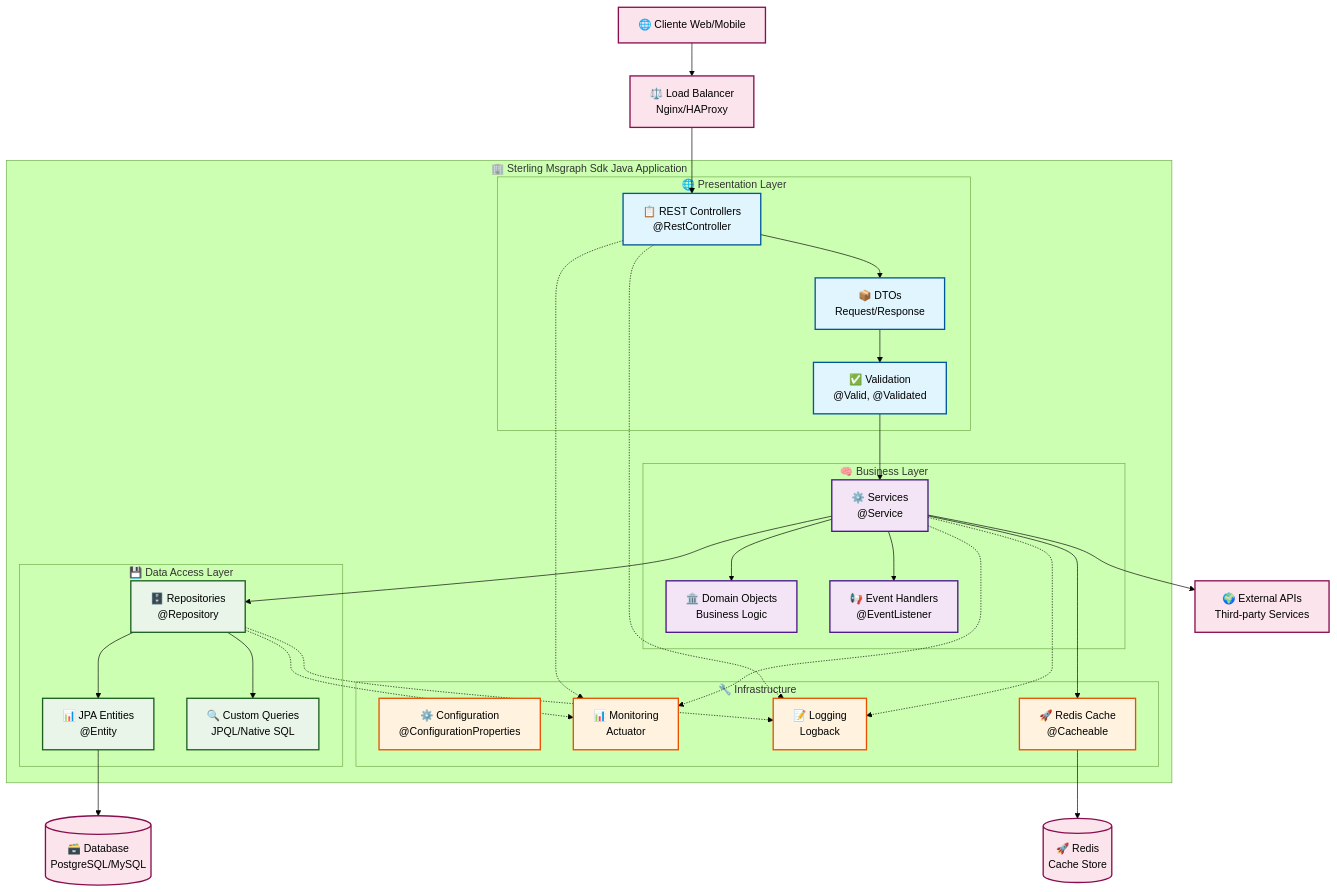
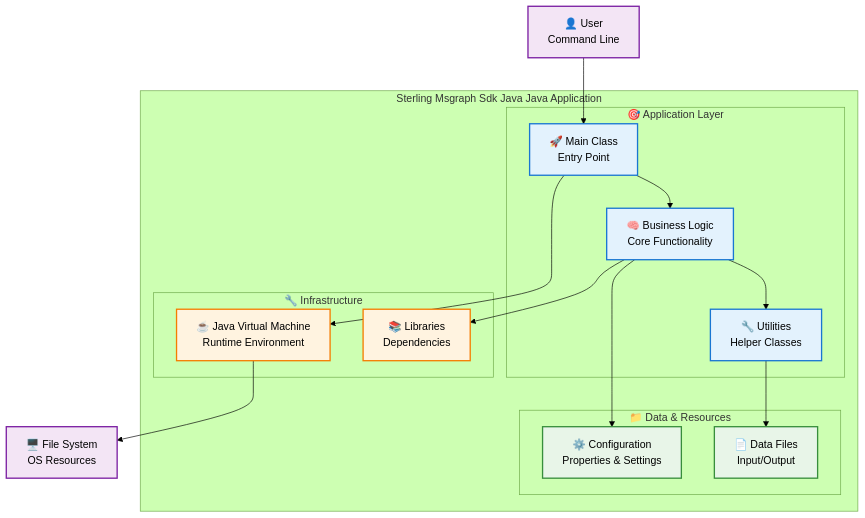
Before and after one commit to giovanemere/sterling-msgraph-sdk-java: the diagram in docs/architecture.md, drawn with Mermaid (forest theme). The commit also changed other lines of this file, not shown here.

Commit message:
📚 Auto-update TechDocs configuration

````diff
--- a/docs/architecture.md
+++ b/docs/architecture.md
@@ -10,76 +14,45 @@
 ```mermaid
 graph TB
-    %% External Systems
-    Client[🌐 Cliente Web/Mobile]
-    LB[⚖️ Load Balancer<br/>Nginx/HAProxy]
-    
-    %% Application Layers
-    subgraph "🏢 Sterling Msgraph Sdk Java Application"
-        subgraph "🌐 Presentation Layer"
-            Controller[📋 REST Controllers<br/>@RestController]
-            DTO[📦 DTOs<br/>Request/Response]
-            Valid[✅ Validation<br/>@Valid, @Validated]
+    subgraph "Sterling Msgraph Sdk Java Java Application"
+        subgraph "🎯 Application Layer"
+            Main[🚀 Main Class<br/>Entry Point]
+            Logic[🧠 Business Logic<br/>Core Functionality]
+            Utils[🔧 Utilities<br/>Helper Classes]
         end
         
-        subgraph "🧠 Business Layer"
-            Service[⚙️ Services<br/>@Service]
-            Domain[🏛️ Domain Objects<br/>Business Logic]
-            Events[📢 Event Handlers<br/>@EventListener]
-        end
-        
-        subgraph "💾 Data Access Layer"
-            Repo[🗄️ Repositories<br/>@Repository]
-            Entity[📊 JPA Entities<br/>@Entity]
-            Query[🔍 Custom Queries<br/>JPQL/Native SQL]
+        subgraph "📁 Data & Resources"
+            Config[⚙️ Configuration<br/>Properties & Settings]
+            Files[📄 Data Files<br/>Input/Output]
         end
         
         subgraph "🔧 Infrastructure"
-            Config[⚙️ Configuration<br/>@ConfigurationProperties]
-            Monitor[📊 Monitoring<br/>Actuator]
-            Log[📝 Logging<br/>Logback]
-            Cache[🚀 Redis Cache<br/>@Cacheable]
+            JVM[☕ Java Virtual Machine<br/>Runtime Environment]
+            Libs[📚 Libraries<br/>Dependencies]
         end
     end
     
-    %% External Dependencies
-    DB[(🗃️ Database<br/>PostgreSQL/MySQL)]
-    Redis[(🚀 Redis<br/>Cache Store)]
-    ExtAPI[🌍 External APIs<br/>Third-party Services]
+    %% External Systems
+    User[👤 User<br/>Command Line]
+    System[🖥️ File System<br/>OS Resources]
     
-    %% Flow Connections
-    Client --> LB
-    LB --> Controller
-    Controller --> DTO
-    DTO --> Valid
-    Valid --> Service
-    Service --> Domain
-    Service --> Events
-    Service --> Repo
-    Repo --> Entity
-    Repo --> Query
-    Entity --> DB
-    Service --> ExtAPI
-    Service --> Cache
-    Cache --> Redis
-    
-    %% Infrastructure connections
-    Controller -.-> Monitor
-    Service -.-> Monitor
-    Repo -.-> Monitor
-    Controller -.-> Log
-    Service -.-> Log
-    Repo -.-> Log
+    %% Connections
+    User --> Main
+    Main --> Logic
+    Logic --> Utils
+    Logic --> Config
+    Utils --> Files
+    Main --> JVM
+    JVM --> System
+    Logic --> Libs
     
     %% Styling
-    classDef presentation fill:#e1f5fe,stroke:#01579b,stroke-width:2px
-    classDef business fill:#f3e5f5,stroke:#4a148c,stroke-width:2px
-    classDef data fill:#e8f5e8,stroke:#1b5e20,stroke-width:2px
-    classDef infrastructure fill:#fff3e0,stroke:#e65100,stroke-width:2px
-    classDef external fill:#fce4ec,stroke:#880e4f,stroke-width:2px
+    classDef app fill:#e3f2fd,stroke:#1976d2,stroke-width:2px
+    classDef data fill:#e8f5e8,stroke:#388e3c,stroke-width:2px
+    classDef infra fill:#fff3e0,stroke:#f57c00,stroke-width:2px
+    classDef external fill:#f3e5f5,stroke:#7b1fa2,stroke-width:2px
     
-    class Controller,DTO,Valid presentation
-    class Service,Domain,Events business
-    class Repo,Entity,Query data
-    class Config,Monitor,Log,Cache infrastructure
-    class Client,LB,DB,Redis,ExtAPI external
+    class Main,Logic,Utils app
+    class Config,Files data
+    class JVM,Libs infra
+    class User,System external
 ```
````
